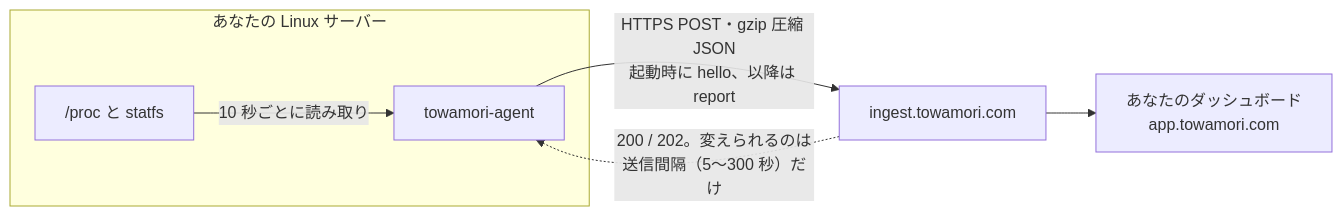
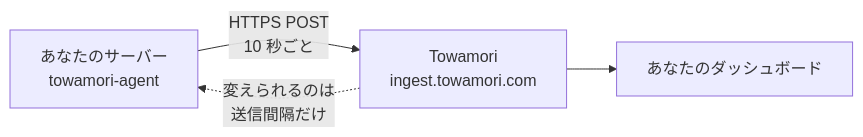
One commit to A1oneSKy/towamori changed the diagram in README.ja.md. Above: the diagram before and after it, drawn with Mermaid. The commit also changed 3 other files, not shown here.

Commit message:
docs(Towamori Agent): 流程图精简成三个节点，窄屏下也看得清

````diff
--- a/README.ja.md
+++ b/README.ja.md
@@ -53,9 +53,6 @@
 ```mermaid
 flowchart LR
-  subgraph host["あなたの Linux サーバー"]
-    proc["/proc と statfs"] -->|10 秒ごとに読み取り| agent["towamori-agent"]
-  end
-  agent -->|"HTTPS POST・gzip 圧縮 JSON<br/>起動時に hello、以降は report"| ingest["ingest.towamori.com"]
-  ingest -.->|"200 / 202。変えられるのは<br/>送信間隔（5〜300 秒）だけ"| agent
-  ingest --> app["あなたのダッシュボード<br/>app.towamori.com"]
+  A["あなたのサーバー<br/>towamori-agent"] -->|"HTTPS POST<br/>10 秒ごと"| B["Towamori<br/>ingest.towamori.com"]
+  B -.->|"変えられるのは<br/>送信間隔だけ"| A
+  B --> C["あなたのダッシュボード"]
 ```
````
